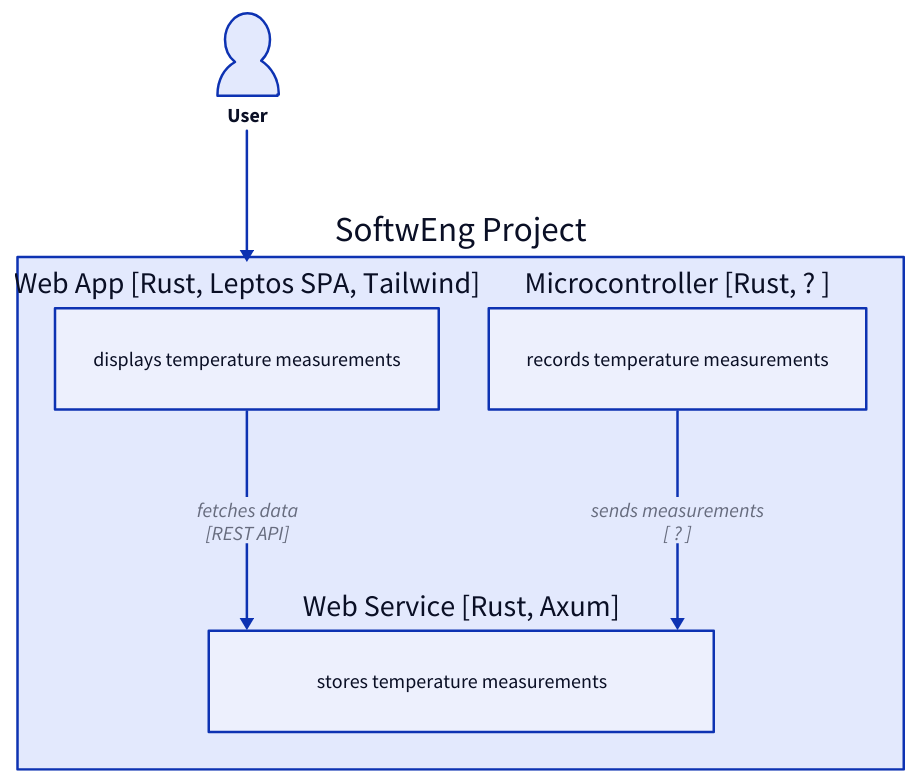
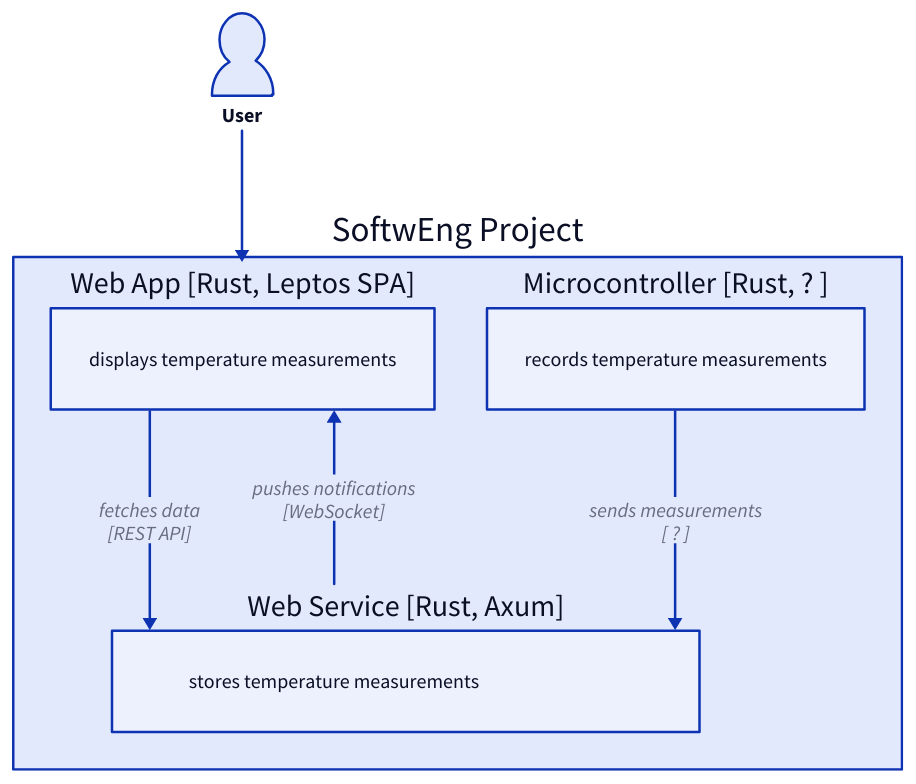
The diagram in docs/diagrams/c4_container.d2 (PlugNPush/3_softeng_zh_2023), drawn with D2 before and after one commit. The commit also changed 8 other files, not shown here.

```diff
--- a/docs/diagrams/c4_container.d2
+++ b/docs/diagrams/c4_container.d2
@@ -1,41 +1,46 @@
 User.shape: person
 
 User -> softw_eng.app
 
 softw_eng: {
+  label: "SoftwEng Project"
 
-  label: "SoftwEng Project"
   app: {
-    label: "Web App [Rust, Leptos SPA, Tailwind]"
+    label: "Web App [Rust, Leptos SPA]"
     description: {
       shape: text
       label: "displays temperature measurements"
     }
   }
 
   app -> backend: |md
     fetches data
     [REST API]
   |
 
   backend: {
     label: "Web Service [Rust, Axum]"
     description: {
       shape: text
       label: "stores temperature measurements"
     }
   }
 
+  backend -> app: |md
+    pushes notifications
+    [WebSocket]
+  |
+
   microcontroller: {
     label: "Microcontroller [Rust, ? ]"
     description: {
       shape: text
       label: "records temperature measurements"
     }
   }
 
   backend <- microcontroller: |md
     sends measurements
     [ ? ]
   |
 }
```
